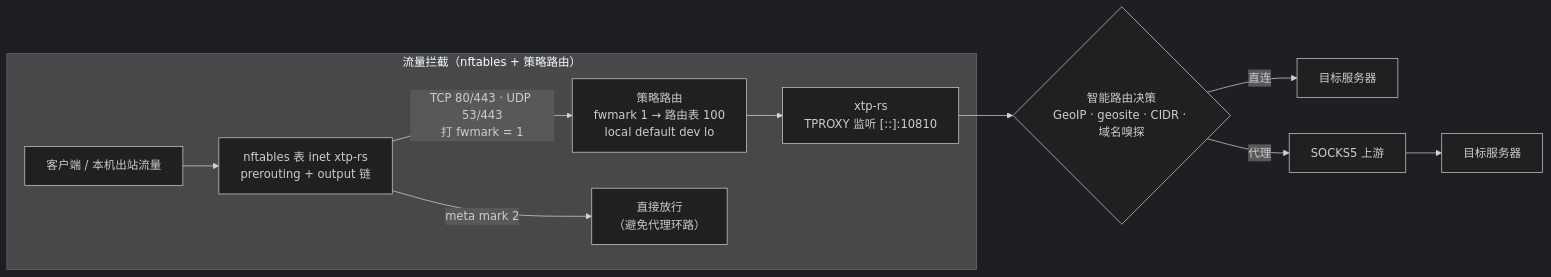
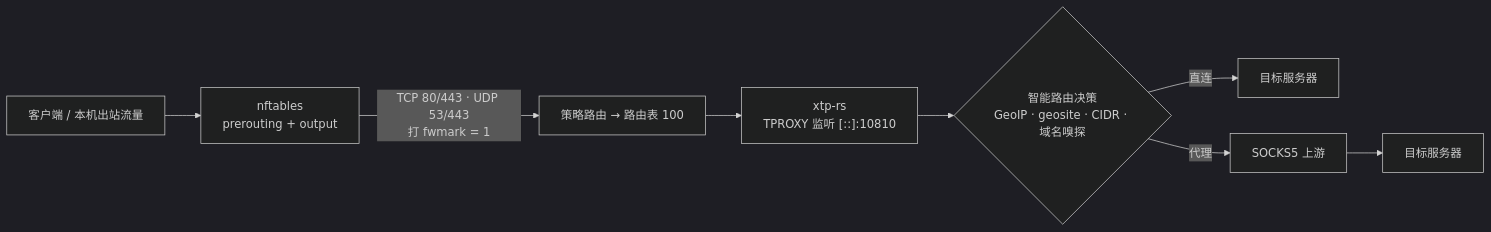
One commit to hrimfaxi/xtp-rs changed the diagram in README.md. Above: the diagram before and after it, drawn with Mermaid (dark theme). The commit also changed other lines of this file and 7 other files, not shown here.

````diff
--- a/README.md
+++ b/README.md
@@ -286,12 +162,9 @@
 ```mermaid
 flowchart LR
-    subgraph HOOK["流量拦截（nftables + 策略路由）"]
-        C["客户端 / 本机出站流量"] --> N["nftables 表 inet xtp-rs<br/>prerouting + output 链"]
-        N -->|"TCP 80/443 · UDP 53/443<br/>打 fwmark = 1"| R["策略路由<br/>fwmark 1 → 路由表 100<br/>local default dev lo"]
-        R --> X["xtp-rs<br/>TPROXY 监听 [::]:10810"]
-        N -->|"meta mark 2"| OUT["直接放行<br/>（避免代理环路）"]
-    end
+    C["客户端 / 本机出站流量"] --> N["nftables<br/>prerouting + output"]
+    N -->|"TCP 80/443 · UDP 53/443<br/>打 fwmark = 1"| R["策略路由 → 路由表 100"]
+    R --> X["xtp-rs<br/>TPROXY 监听 [::]:10810"]
     X --> D{"智能路由决策<br/>GeoIP · geosite · CIDR · 域名嗅探"}
     D -->|"直连"| T1["目标服务器"]
     D -->|"代理"| U["SOCKS5 上游"] --> T2["目标服务器"]
 ```
````
